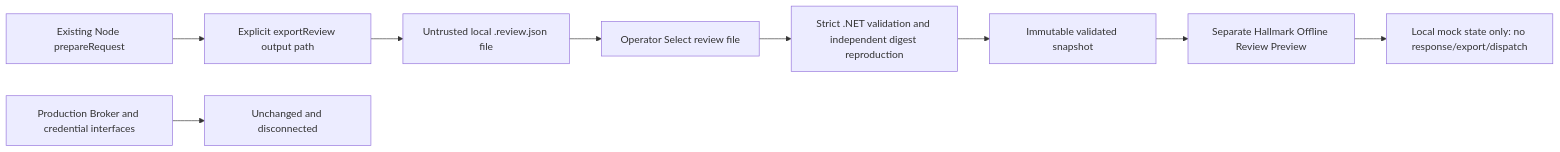
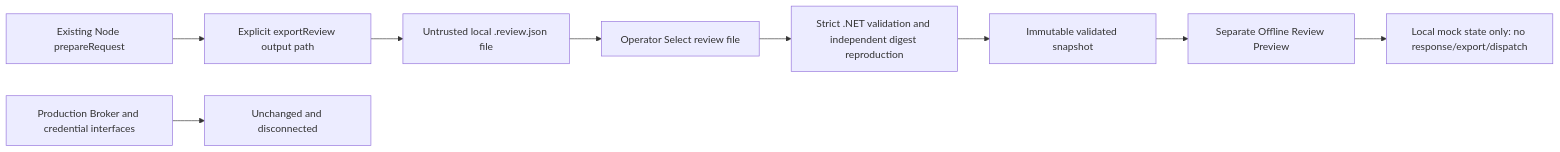
Before and after one commit to imnwngr/codex-worker-orchestrator: the diagram in docs/PHASE_4C_REVIEW.md, drawn with Mermaid. The commit also changed other lines of this file and 12 other files, not shown here.

````diff
--- a/docs/PHASE_4C_REVIEW.md
+++ b/docs/PHASE_4C_REVIEW.md
@@ -10,11 +10,11 @@
 ```mermaid
 flowchart LR
   P[Existing Node prepareRequest] --> E[Explicit exportReview output path]
   E --> F[Untrusted local .review.json file]
   F --> S[Operator Select review file]
   S --> V[Strict .NET validation and independent digest reproduction]
   V --> C[Immutable validated snapshot]
-  C --> W[Separate Hallmark Offline Review Preview]
+  C --> W[Separate Offline Review Preview]
   W --> D[Local mock state only: no response/export/dispatch]
   X[Production Broker and credential interfaces] --> N[Unchanged and disconnected]
 ```
````
